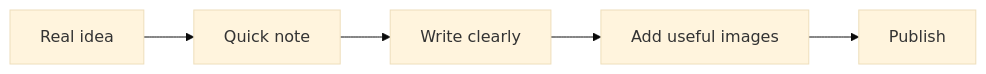
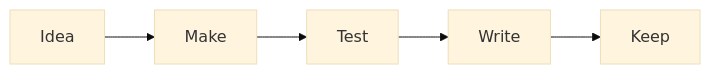
Before and after one commit to xanderon/my-website: the diagram in src/content/blog/about-me-and-what-youll-find-here.md, drawn with Mermaid (base theme). The commit also changed other lines of this file and 9 other files, not shown here.

````diff
--- a/src/content/blog/about-me-and-what-youll-find-here.md
+++ b/src/content/blog/about-me-and-what-youll-find-here.md
@@ -88,7 +94,7 @@
 ```mermaid
 flowchart LR
-  A[Real idea] --> B[Quick note]
-  B --> C[Write clearly]
-  C --> D[Add useful images]
-  D --> E[Publish]
+  A[Idea] --> B[Make]
+  B --> C[Test]
+  C --> D[Write]
+  D --> E[Keep]
 ```
````
